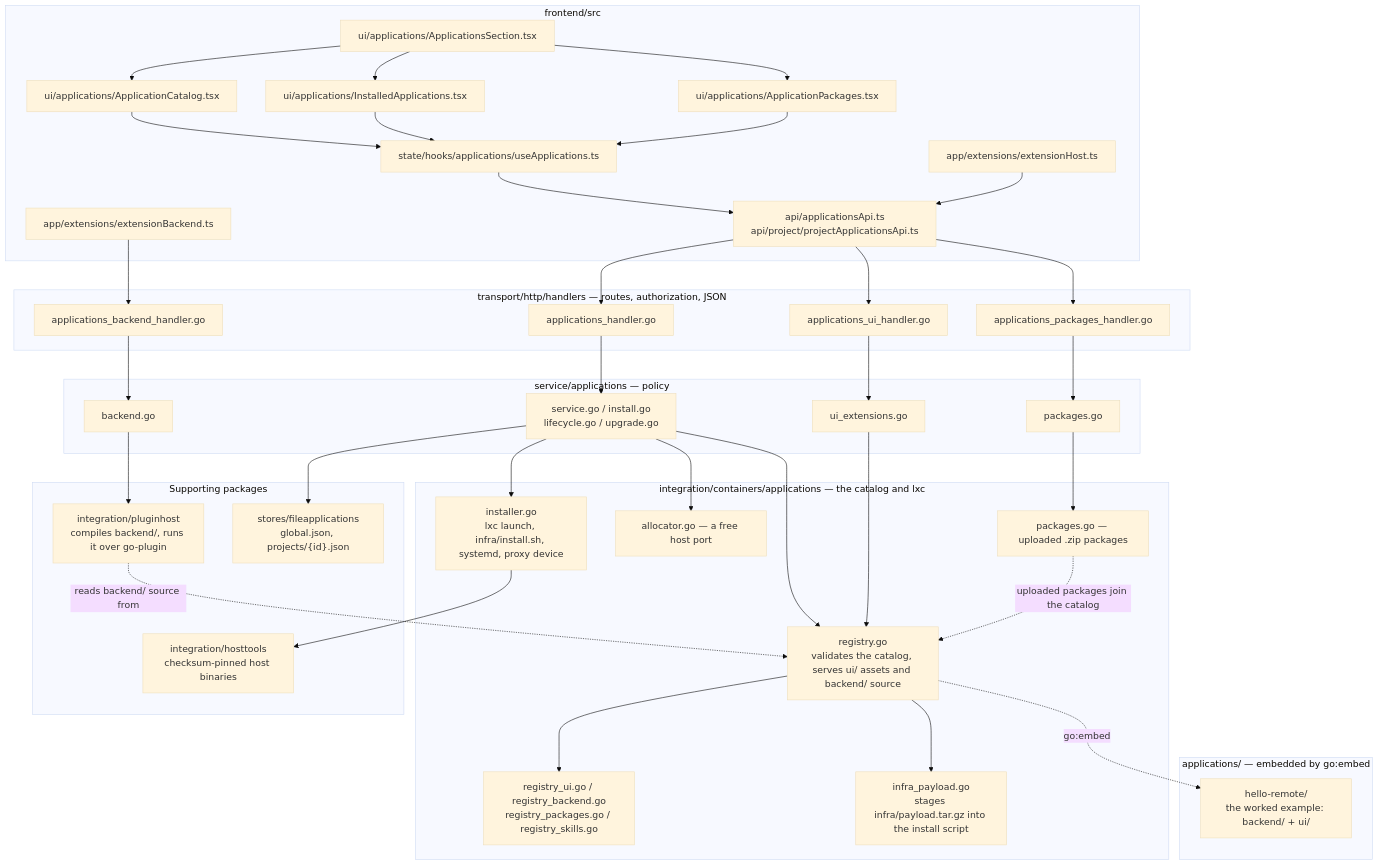
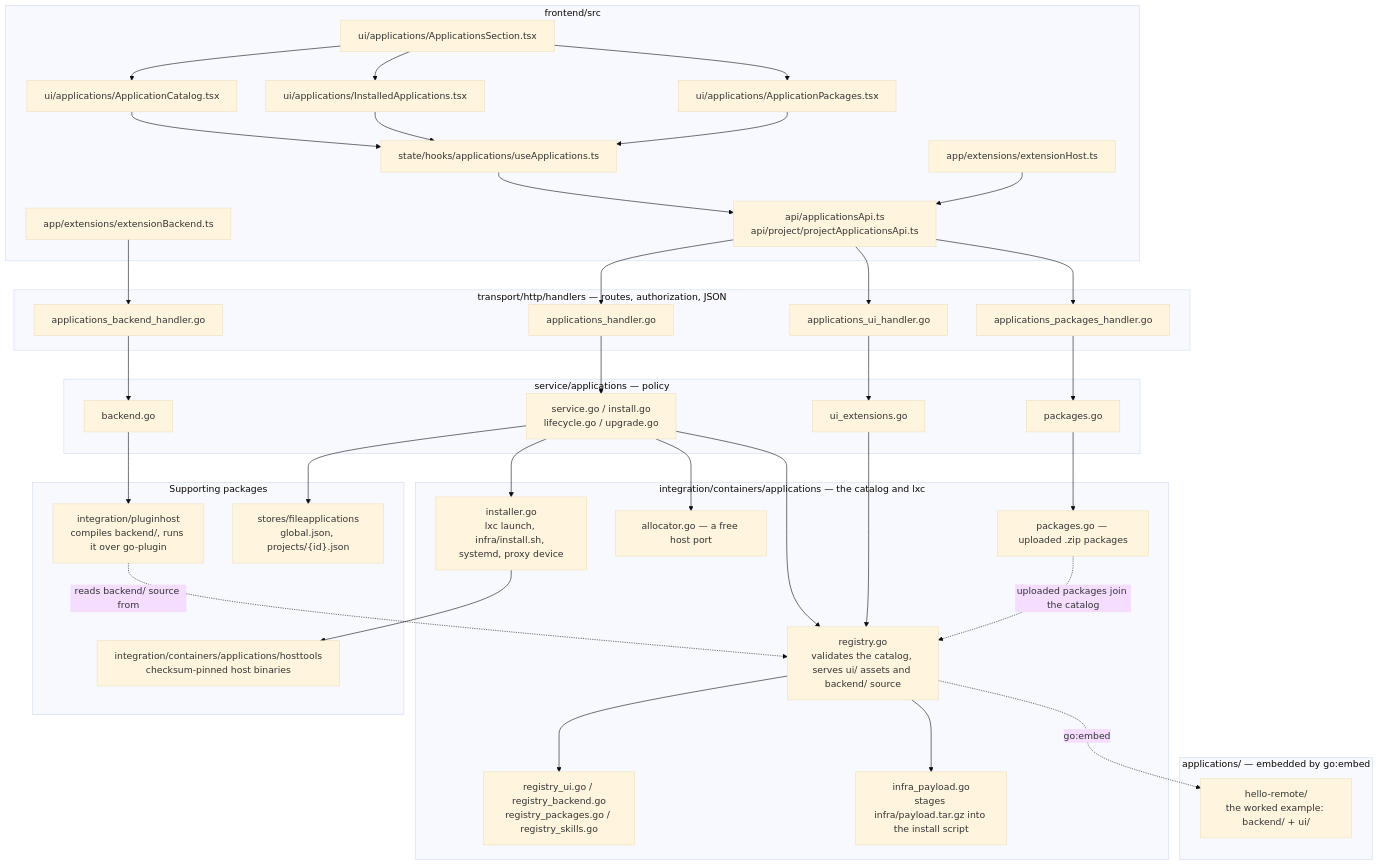
Before and after one commit to AbdallahMohamedDotnet/remote.futrx: the first of 2 diagrams in docs/dev/installable-applications/01-overview.md, drawn with Mermaid (base theme). The commit also changed 5 other files, not shown here.

Commit message:
refactor(applications): nest host tools integration

````diff
--- a/docs/dev/installable-applications/01-overview.md
+++ b/docs/dev/installable-applications/01-overview.md
@@ -97,79 +97,79 @@
 ```mermaid
 flowchart TB
     subgraph Frontend["frontend/src"]
         FE_Section["ui/applications/ApplicationsSection.tsx"]
         FE_Catalog["ui/applications/ApplicationCatalog.tsx"]
         FE_Installed["ui/applications/InstalledApplications.tsx"]
         FE_Packages["ui/applications/ApplicationPackages.tsx"]
         FE_Hook["state/hooks/applications/useApplications.ts"]
         FE_Api["api/applicationsApi.ts<br/>api/project/projectApplicationsApi.ts"]
         FE_ExtHost["app/extensions/extensionHost.ts"]
         FE_ExtBackend["app/extensions/extensionBackend.ts"]
     end
 
     subgraph HTTP["transport/http/handlers — routes, authorization, JSON"]
         H_Main["applications_handler.go"]
         H_UI["applications_ui_handler.go"]
         H_Backend["applications_backend_handler.go"]
         H_Packages["applications_packages_handler.go"]
     end
 
     subgraph Service["service/applications — policy"]
         S_Service["service.go / install.go<br/>lifecycle.go / upgrade.go"]
         S_UIExt["ui_extensions.go"]
         S_Backend["backend.go"]
         S_Packages["packages.go"]
     end
 
     subgraph Integration["integration/containers/applications — the catalog and lxc"]
         I_Registry["registry.go<br/>validates the catalog, serves ui/ assets and backend/ source"]
         I_RegParts["registry_ui.go / registry_backend.go<br/>registry_packages.go / registry_skills.go"]
         I_Payload["infra_payload.go<br/>stages infra/payload.tar.gz into the install script"]
         I_Installer["installer.go<br/>lxc launch, infra/install.sh, systemd, proxy device"]
         I_Allocator["allocator.go — a free host port"]
         I_Packages["packages.go — uploaded .zip packages"]
     end
 
     subgraph Support["Supporting packages"]
         P_PluginHost["integration/pluginhost<br/>compiles backend/, runs it over go-plugin"]
         P_FileApps["stores/fileapplications<br/>global.json, projects/{id}.json"]
-        P_HostTools["integration/hosttools<br/>checksum-pinned host binaries"]
+        P_HostTools["integration/containers/applications/hosttools<br/>checksum-pinned host binaries"]
     end
 
     subgraph Catalog["applications/ — embedded by go:embed"]
         C_Hello["hello-remote/<br/>the worked example: backend/ + ui/"]
     end
 
     FE_Section --> FE_Catalog
     FE_Section --> FE_Installed
     FE_Section --> FE_Packages
     FE_Catalog --> FE_Hook
     FE_Installed --> FE_Hook
     FE_Packages --> FE_Hook
     FE_Hook --> FE_Api
     FE_ExtHost --> FE_Api
     FE_Api --> H_Main
     FE_Api --> H_UI
     FE_Api --> H_Packages
     FE_ExtBackend --> H_Backend
 
     H_Main --> S_Service
     H_UI --> S_UIExt
     H_Backend --> S_Backend
     H_Packages --> S_Packages
 
     S_Service --> I_Registry
     S_Service --> I_Installer
     S_Service --> I_Allocator
     S_Service --> P_FileApps
     S_UIExt --> I_Registry
     S_Backend --> P_PluginHost
     S_Packages --> I_Packages
 
     I_Registry --> I_RegParts
     I_Registry --> I_Payload
     I_Registry -. go:embed .-> C_Hello
     I_Installer --> P_HostTools
     I_Packages -. uploaded packages join the catalog .-> I_Registry
     P_PluginHost -. reads backend/ source from .-> I_Registry
 ```
````
